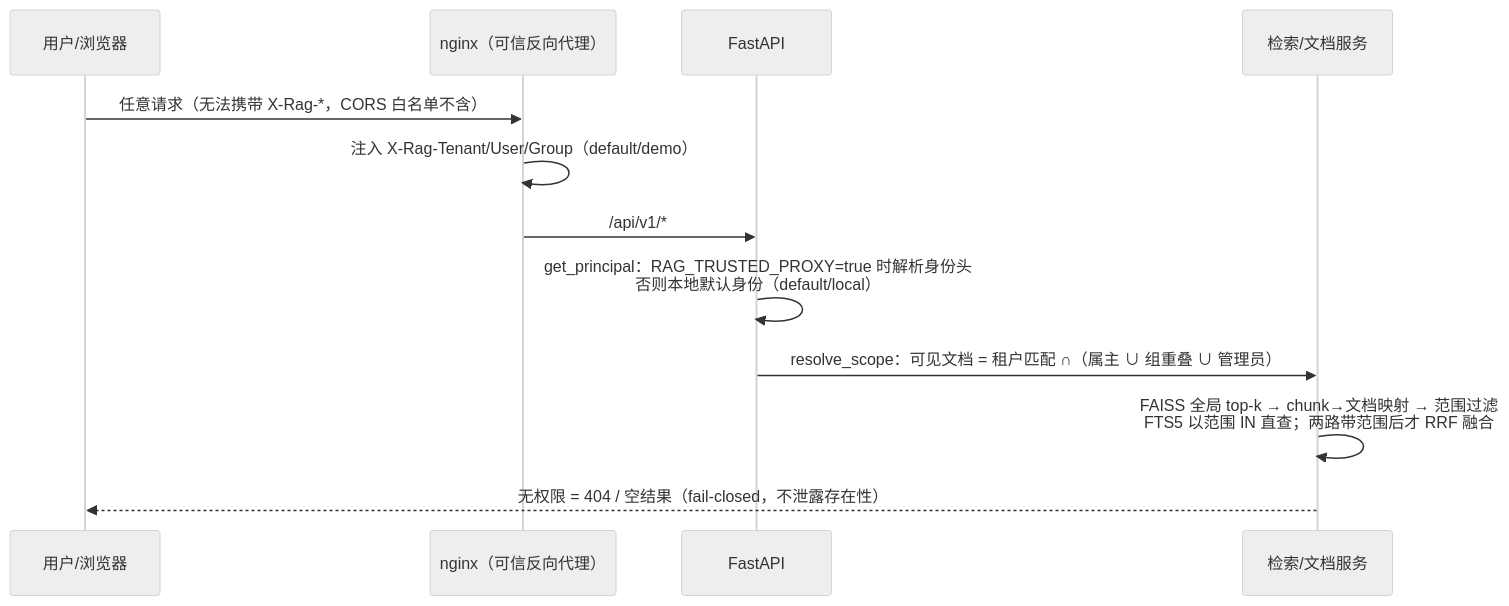
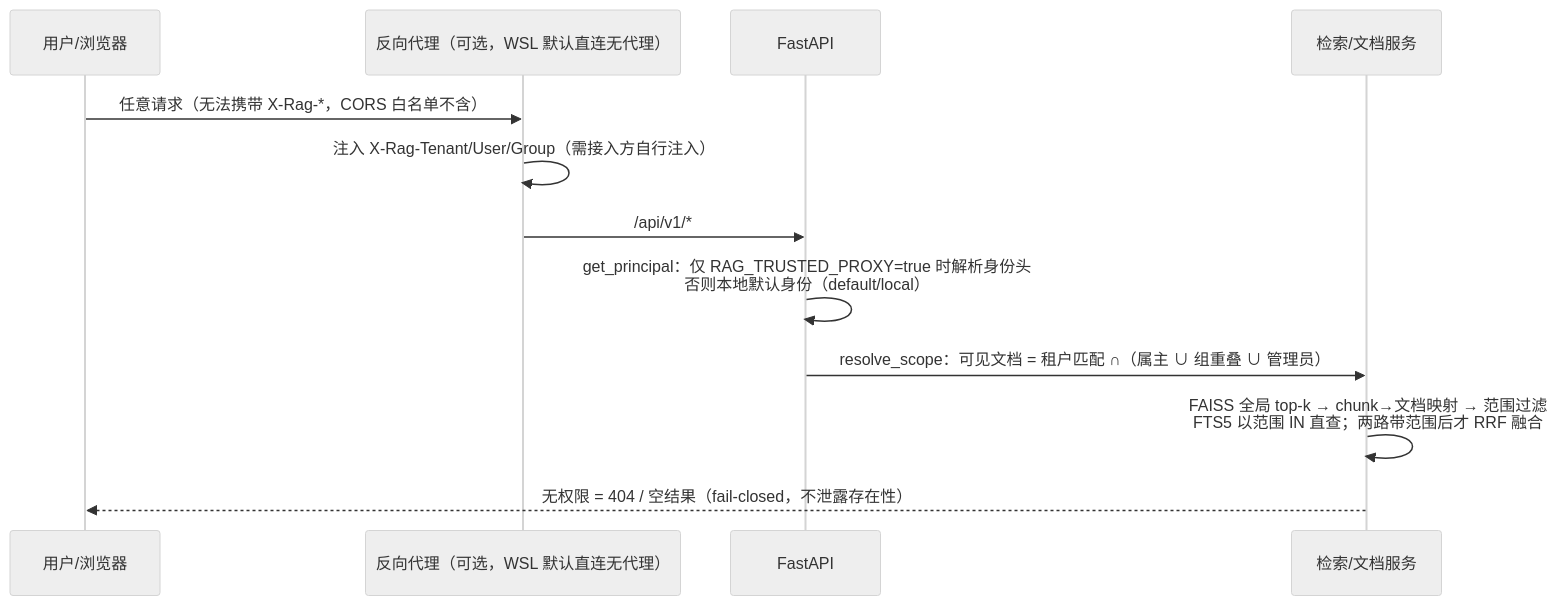
Before and after one commit to moonbrigt/docrag: the fifth of 6 diagrams in docs/architecture.md, drawn with Mermaid (neutral theme). The commit also changed other lines of this file and 23 other files, not shown here.

````diff
--- a/docs/architecture.md
+++ b/docs/architecture.md
@@ -130,15 +118,15 @@
 ```mermaid
 sequenceDiagram
     participant U as 用户/浏览器
-    participant N as nginx（可信反向代理）
+    participant N as 反向代理（可选，WSL 默认直连无代理）
     participant B as FastAPI
     participant S as 检索/文档服务
 
     U->>N: 任意请求（无法携带 X-Rag-*，CORS 白名单不含）
-    N->>N: 注入 X-Rag-Tenant/User/Group（default/demo）
+    N->>N: 注入 X-Rag-Tenant/User/Group（需接入方自行注入）
     N->>B: /api/v1/*
-    B->>B: get_principal：RAG_TRUSTED_PROXY=true 时解析身份头<br/>否则本地默认身份（default/local）
+    B->>B: get_principal：仅 RAG_TRUSTED_PROXY=true 时解析身份头<br/>否则本地默认身份（default/local）
     B->>S: resolve_scope：可见文档 = 租户匹配 ∩（属主 ∪ 组重叠 ∪ 管理员）
     S->>S: FAISS 全局 top-k → chunk→文档映射 → 范围过滤<br/>FTS5 以范围 IN 直查；两路带范围后才 RRF 融合
     S-->>U: 无权限 = 404 / 空结果（fail-closed，不泄露存在性）
 ```
````
